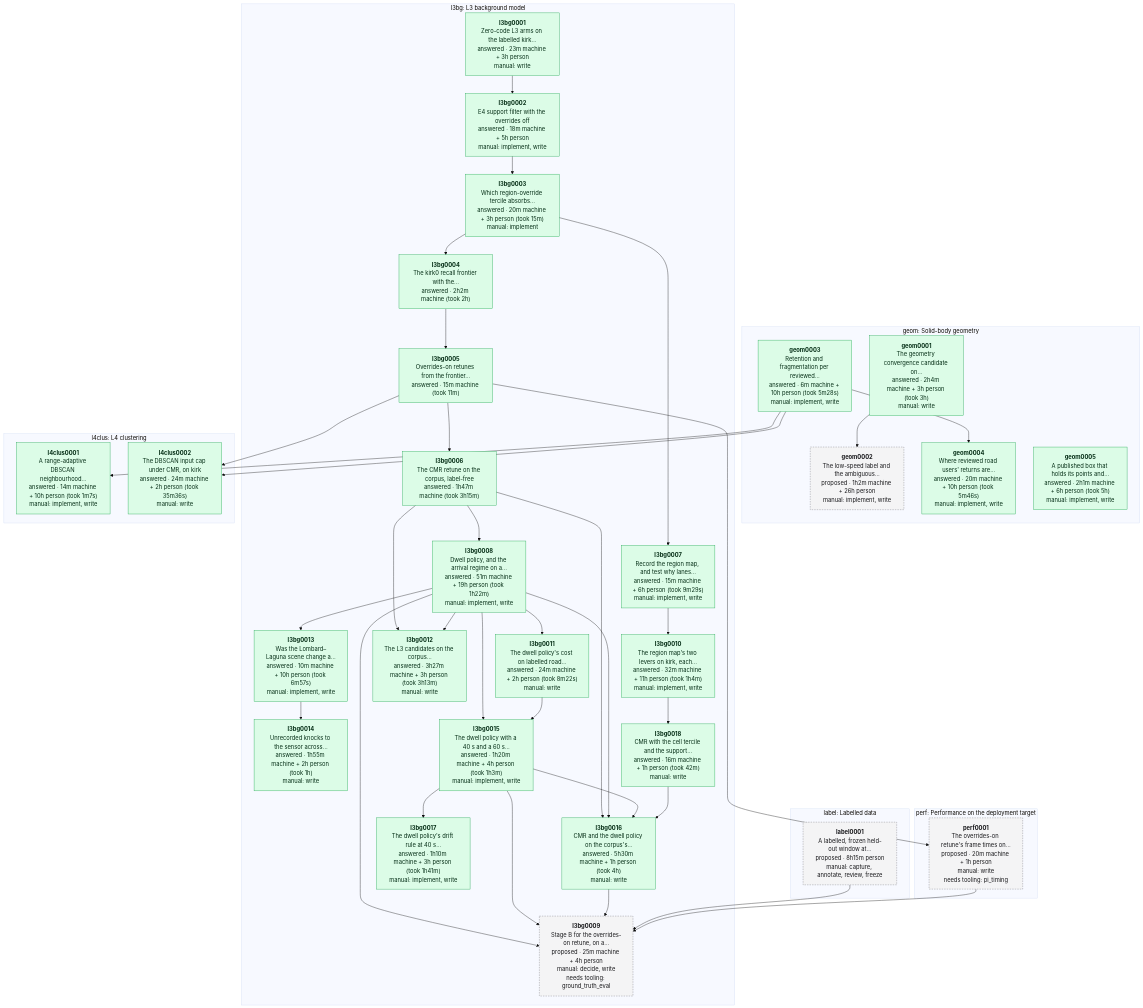
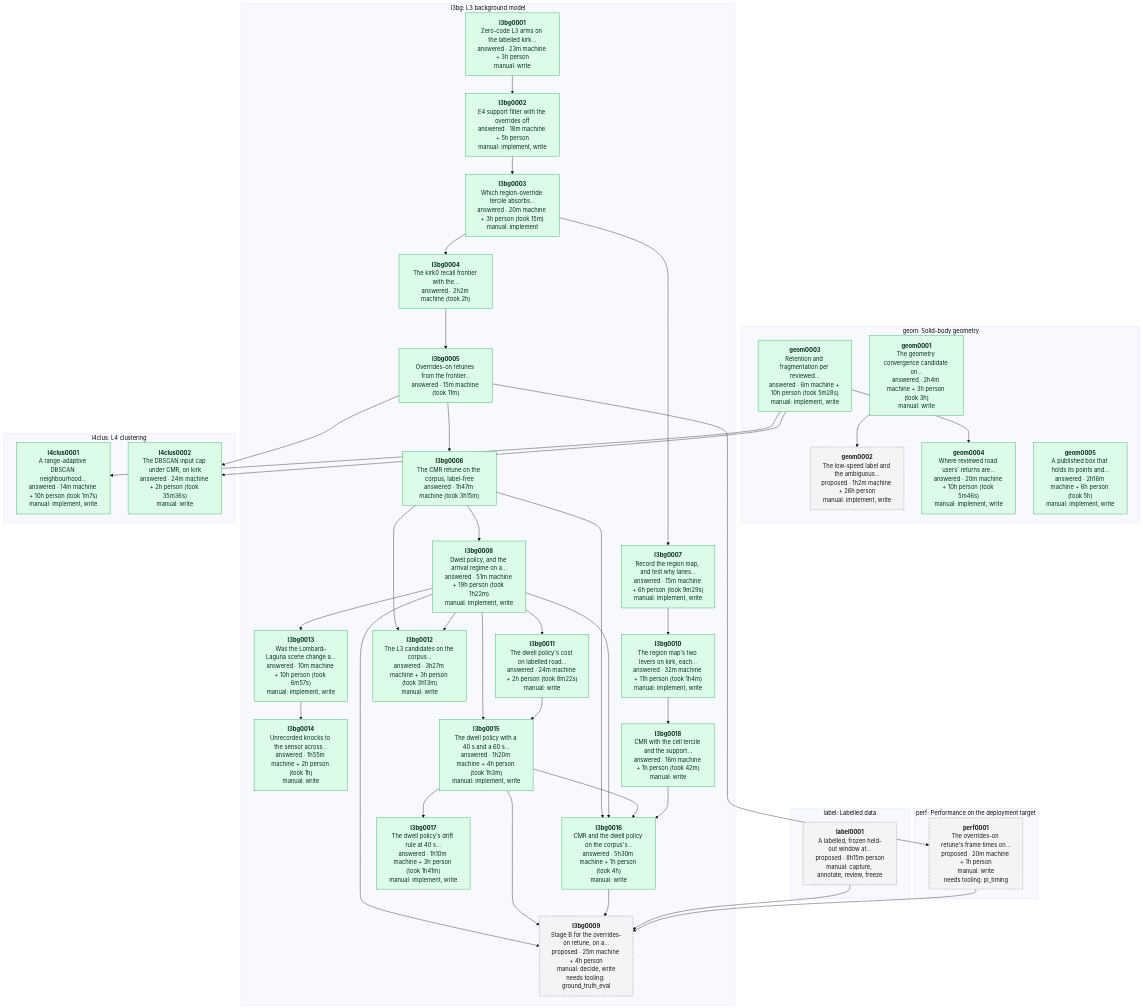
One commit to banshee-data/velocity.report changed the diagram in data/experiments/DEPENDENCIES.md. Above: the diagram before and after it, drawn with Mermaid (base theme). The commit also changed other lines of this file and 3 other files, not shown here.

Commit message:
[ai][docs] Published box report: third segments, the pre-registered yaw acceleration trial (0.4 stays), seeing it

````diff
--- a/data/experiments/DEPENDENCIES.md
+++ b/data/experiments/DEPENDENCIES.md
@@ -7,76 +7,76 @@
 ```mermaid
 flowchart TB
   classDef proposed fill:#f4f4f5,stroke:#71717a,stroke-dasharray:4 3,color:#18181b
   classDef approved fill:#dbeafe,stroke:#2563eb,color:#172554
   classDef answered fill:#dcfce7,stroke:#16a34a,color:#052e16
   classDef retired fill:#fafafa,stroke:#d4d4d8,color:#71717a
   subgraph area_geom ["geom: Solid-body geometry"]
     geom0001["<b>geom0001</b><br/>The geometry convergence candidate on…<br/>answered · 2h4m machine + 3h person (took 3h)<br/>manual: write"]:::answered
     geom0002["<b>geom0002</b><br/>The low-speed label and the ambiguous…<br/>proposed · 1h2m machine + 26h person<br/>manual: implement, write"]:::proposed
     geom0003["<b>geom0003</b><br/>Retention and fragmentation per reviewed…<br/>answered · 6m machine + 10h person (took 5m28s)<br/>manual: implement, write"]:::answered
     geom0004["<b>geom0004</b><br/>Where reviewed road users' returns are…<br/>answered · 20m machine + 10h person (took 5m46s)<br/>manual: implement, write"]:::answered
-    geom0005["<b>geom0005</b><br/>A published box that holds its points and…<br/>answered · 2h1m machine + 6h person (took 5h)<br/>manual: implement, write"]:::answered
+    geom0005["<b>geom0005</b><br/>A published box that holds its points and…<br/>answered · 2h16m machine + 6h person (took 5h)<br/>manual: implement, write"]:::answered
   end
   subgraph area_l3bg ["l3bg: L3 background model"]
     l3bg0001["<b>l3bg0001</b><br/>Zero-code L3 arms on the labelled kirk…<br/>answered · 23m machine + 3h person<br/>manual: write"]:::answered
     l3bg0002["<b>l3bg0002</b><br/>E4 support filter with the overrides off<br/>answered · 18m machine + 5h person<br/>manual: implement, write"]:::answered
     l3bg0003["<b>l3bg0003</b><br/>Which region-override tercile absorbs…<br/>answered · 20m machine + 3h person (took 15m)<br/>manual: implement"]:::answered
     l3bg0004["<b>l3bg0004</b><br/>The kirk0 recall frontier with the…<br/>answered · 2h2m machine (took 2h)"]:::answered
     l3bg0005["<b>l3bg0005</b><br/>Overrides-on retunes from the frontier…<br/>answered · 15m machine (took 11m)"]:::answered
     l3bg0006["<b>l3bg0006</b><br/>The CMR retune on the corpus, label-free<br/>answered · 1h47m machine (took 3h15m)"]:::answered
     l3bg0007["<b>l3bg0007</b><br/>Record the region map, and test why lanes…<br/>answered · 15m machine + 6h person (took 9m29s)<br/>manual: implement, write"]:::answered
     l3bg0008["<b>l3bg0008</b><br/>Dwell policy, and the arrival regime on a…<br/>answered · 51m machine + 19h person (took 1h22m)<br/>manual: implement, write"]:::answered
     l3bg0009["<b>l3bg0009</b><br/>Stage B for the overrides-on retune, on a…<br/>proposed · 25m machine + 4h person<br/>manual: decide, write<br/>needs tooling: ground_truth_eval"]:::proposed
     l3bg0010["<b>l3bg0010</b><br/>The region map's two levers on kirk, each…<br/>answered · 32m machine + 11h person (took 1h4m)<br/>manual: implement, write"]:::answered
     l3bg0011["<b>l3bg0011</b><br/>The dwell policy's cost on labelled road…<br/>answered · 24m machine + 2h person (took 8m22s)<br/>manual: write"]:::answered
     l3bg0012["<b>l3bg0012</b><br/>The L3 candidates on the corpus…<br/>answered · 3h27m machine + 3h person (took 3h13m)<br/>manual: write"]:::answered
     l3bg0013["<b>l3bg0013</b><br/>Was the Lombard–Laguna scene change a…<br/>answered · 10m machine + 10h person (took 6m57s)<br/>manual: implement, write"]:::answered
     l3bg0014["<b>l3bg0014</b><br/>Unrecorded knocks to the sensor across…<br/>answered · 1h55m machine + 2h person (took 1h)<br/>manual: write"]:::answered
     l3bg0015["<b>l3bg0015</b><br/>The dwell policy with a 40 s and a 60 s…<br/>answered · 1h20m machine + 4h person (took 1h3m)<br/>manual: implement, write"]:::answered
     l3bg0016["<b>l3bg0016</b><br/>CMR and the dwell policy on the corpus's…<br/>answered · 5h30m machine + 1h person (took 4h)<br/>manual: write"]:::answered
     l3bg0017["<b>l3bg0017</b><br/>The dwell policy's drift rule at 40 s…<br/>answered · 1h10m machine + 3h person (took 1h41m)<br/>manual: implement, write"]:::answered
     l3bg0018["<b>l3bg0018</b><br/>CMR with the cell tercile and the support…<br/>answered · 16m machine + 1h person (took 42m)<br/>manual: write"]:::answered
   end
   subgraph area_l4clus ["l4clus: L4 clustering"]
     l4clus0001["<b>l4clus0001</b><br/>A range-adaptive DBSCAN neighbourhood…<br/>answered · 14m machine + 10h person (took 1m7s)<br/>manual: implement, write"]:::answered
     l4clus0002["<b>l4clus0002</b><br/>The DBSCAN input cap under CMR, on kirk<br/>answered · 24m machine + 2h person (took 35m36s)<br/>manual: write"]:::answered
   end
   subgraph area_label ["label: Labelled data"]
     label0001["<b>label0001</b><br/>A labelled, frozen held-out window at…<br/>proposed · 8h15m person<br/>manual: capture, annotate, review, freeze"]:::proposed
   end
   subgraph area_perf ["perf: Performance on the deployment target"]
     perf0001["<b>perf0001</b><br/>The overrides-on retune's frame times on…<br/>proposed · 20m machine + 1h person<br/>manual: write<br/>needs tooling: pi_timing"]:::proposed
   end
   geom0001 --> geom0002
   geom0003 --> geom0004
   l3bg0001 --> l3bg0002
   l3bg0002 --> l3bg0003
   l3bg0003 --> l3bg0004
   l3bg0004 --> l3bg0005
   l3bg0005 --> l3bg0006
   l3bg0003 --> l3bg0007
   l3bg0006 --> l3bg0008
   l3bg0008 --> l3bg0009
   l3bg0015 --> l3bg0009
   l3bg0016 --> l3bg0009
   label0001 --> l3bg0009
   perf0001 --> l3bg0009
   l3bg0007 --> l3bg0010
   l3bg0008 --> l3bg0011
   l3bg0006 --> l3bg0012
   l3bg0008 --> l3bg0012
   l3bg0008 --> l3bg0013
   l3bg0013 --> l3bg0014
   l3bg0008 --> l3bg0015
   l3bg0011 --> l3bg0015
   l3bg0006 --> l3bg0016
   l3bg0008 --> l3bg0016
   l3bg0015 --> l3bg0016
   l3bg0018 --> l3bg0016
   l3bg0015 --> l3bg0017
   l3bg0010 --> l3bg0018
   geom0003 --> l4clus0001
   geom0003 --> l4clus0002
   l3bg0005 --> l4clus0002
   l3bg0005 --> perf0001
 ```
````
